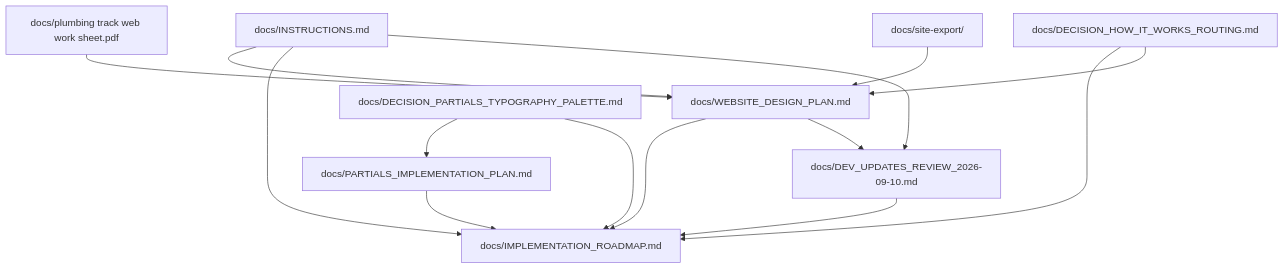
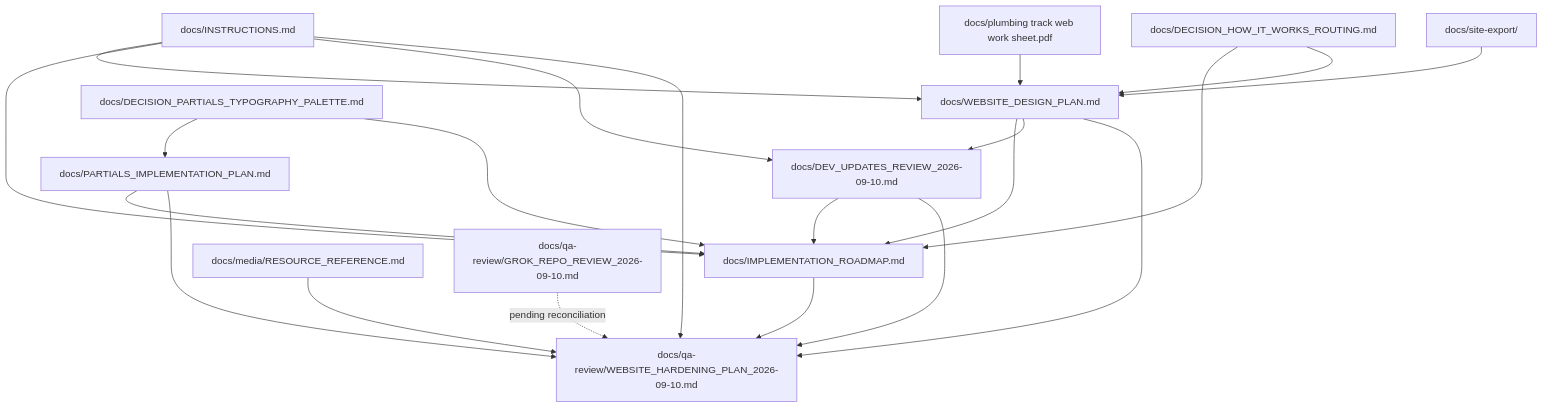
One commit to seanbman/pt-site-updates changed the diagram in docs/INDEX.md. Above: the diagram before and after it, drawn with Mermaid. The commit also changed other lines of this file, not shown here.

Commit message:
docs: index QA hardening and media references

````diff
--- a/docs/INDEX.md
+++ b/docs/INDEX.md
@@ -21,26 +24,36 @@
 ```mermaid
 flowchart TD
     I[docs/INSTRUCTIONS.md]
     D[docs/WEBSITE_DESIGN_PLAN.md]
     R[docs/IMPLEMENTATION_ROADMAP.md]
     V[docs/DEV_UPDATES_REVIEW_2026-09-10.md]
     P[docs/PARTIALS_IMPLEMENTATION_PLAN.md]
     PT[docs/DECISION_PARTIALS_TYPOGRAPHY_PALETTE.md]
     H[docs/DECISION_HOW_IT_WORKS_ROUTING.md]
+    M[docs/media/RESOURCE_REFERENCE.md]
+    G[docs/qa-review/GROK_REPO_REVIEW_2026-09-10.md]
+    Q[docs/qa-review/WEBSITE_HARDENING_PLAN_2026-09-10.md]
     W[docs/plumbing track web work sheet.pdf]
     S[docs/site-export/]
 
     I --> D
     D --> R
     I --> R
     D --> V
     I --> V
     V --> R
     PT --> P
     PT --> R
     P --> R
     H --> R
     H --> D
     W --> D
     S --> D
+    I --> Q
+    R --> Q
+    V --> Q
+    D --> Q
+    P --> Q
+    M --> Q
+    G -. pending reconciliation .-> Q
 ```
````
